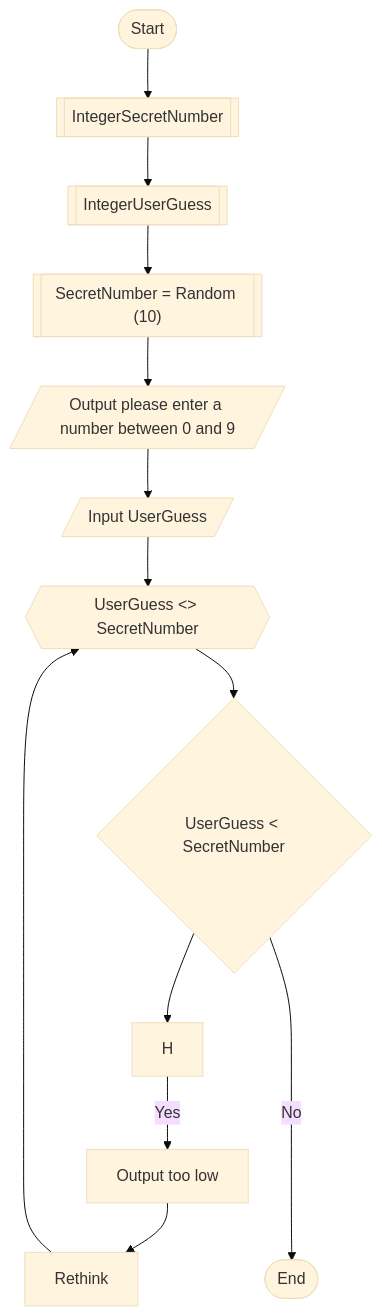
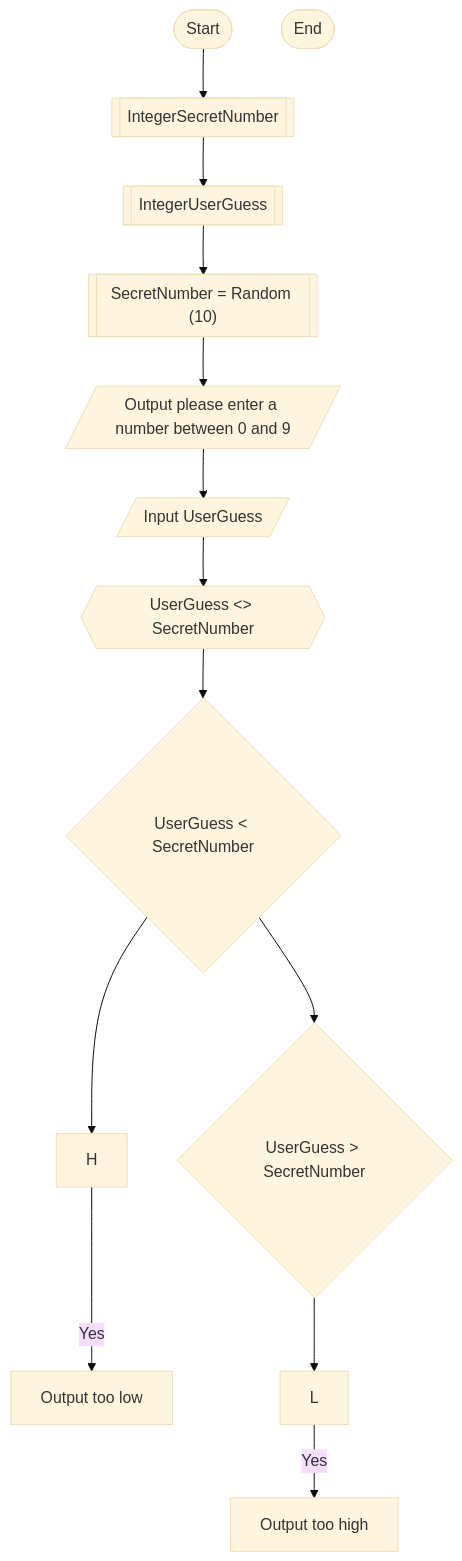
One commit to njedwards1872/njedwards1872.github.io changed the diagram in Guessing.md. Above: the diagram before and after it, drawn with Mermaid (base theme).

````diff
--- a/Guessing.md
+++ b/Guessing.md
@@ -1,15 +1,15 @@
 ```mermaid
 flowchart TD
  Start([Start]) --> 
     A@{ shape: subproc, label: "IntegerSecretNumber" } -->
     B@{ shape: subproc, label: "IntegerUserGuess" } -->
     C@{ shape: subproc, label: "SecretNumber = Random (10)" } --> 
     D@{ shape: lean-r, label: "Output please enter a number between 0 and 9" } -->
     E@{ shape: lean-r, label: "Input UserGuess" } -->
     F@{ shape: hex, label: "UserGuess <> SecretNumber" } -->  G{"UserGuess < SecretNumber"} -->
     H -- Yes --> I["Output too low"]
-    I --> J[Rethink]
-    J --> F
-    G -- No ---->
+    G{"UserGuess < SecretNumber"} -->K{"UserGuess > SecretNumber"} -->
+    L -- Yes --> M["Output too high"]
+    
  End([End])
 ```
````
